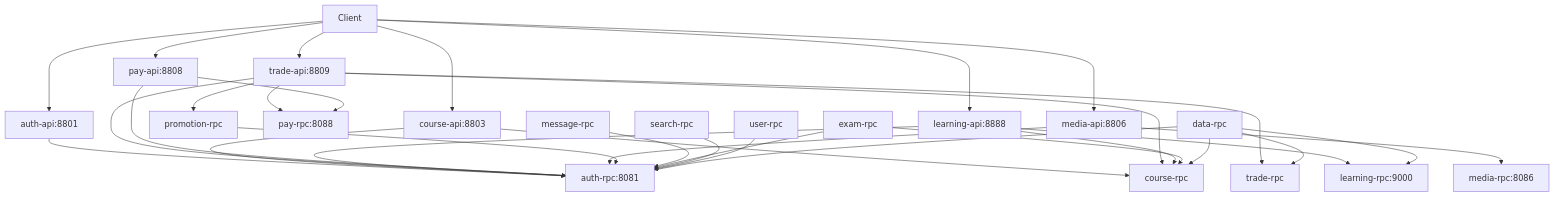
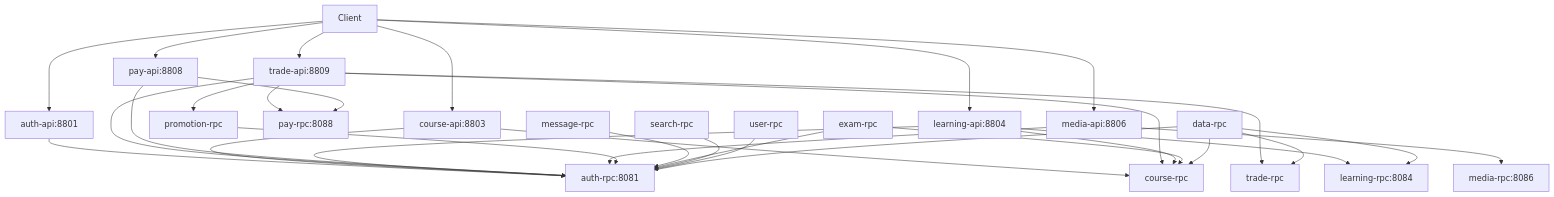
Before and after one commit to SonderLives/tjxt: the diagram in .cursor/repowiki/00-architecture/service-topology.md, drawn with Mermaid. The commit also changed 41 other files, not shown here.

````diff
--- a/.cursor/repowiki/00-architecture/service-topology.md
+++ b/.cursor/repowiki/00-architecture/service-topology.md
@@ -7,36 +7,36 @@
 ```mermaid
 graph TD
     Client[Client] --> AuthAPI[auth-api:8801]
     Client --> CourseAPI[course-api:8803]
     Client --> TradeAPI[trade-api:8809]
-    Client --> LearningAPI[learning-api:8888]
+    Client --> LearningAPI[learning-api:8804]
     Client --> PayAPI[pay-api:8808]
     Client --> MediaAPI[media-api:8806]
 
     AuthAPI --> AuthRPC[auth-rpc:8081]
     CourseAPI --> CourseRPC[course-rpc]
     CourseAPI --> AuthRPC
     TradeAPI --> TradeRPC[trade-rpc]
     TradeAPI --> AuthRPC
     TradeAPI --> CourseRPC
     TradeAPI --> PayRPC[pay-rpc:8088]
     TradeAPI --> PromotionRPC[promotion-rpc]
-    LearningAPI --> LearningRPC[learning-rpc:9000]
+    LearningAPI --> LearningRPC[learning-rpc:8084]
     LearningAPI --> AuthRPC
     LearningAPI --> CourseRPC
     PayAPI --> PayRPC
     PayAPI --> AuthRPC
     MediaAPI --> MediaRPC[media-rpc:8086]
     MediaAPI --> AuthRPC
 
     PromotionRPC --> AuthRPC
     MessageRPC[message-rpc] --> AuthRPC
     ExamRPC[exam-rpc] --> AuthRPC
     ExamRPC --> CourseRPC
     SearchRPC[search-rpc] --> AuthRPC
     UserRPC[user-rpc] --> AuthRPC
     DataRPC[data-rpc] --> AuthRPC
     DataRPC --> CourseRPC
     DataRPC --> TradeRPC
     DataRPC --> LearningRPC
 ```
````
